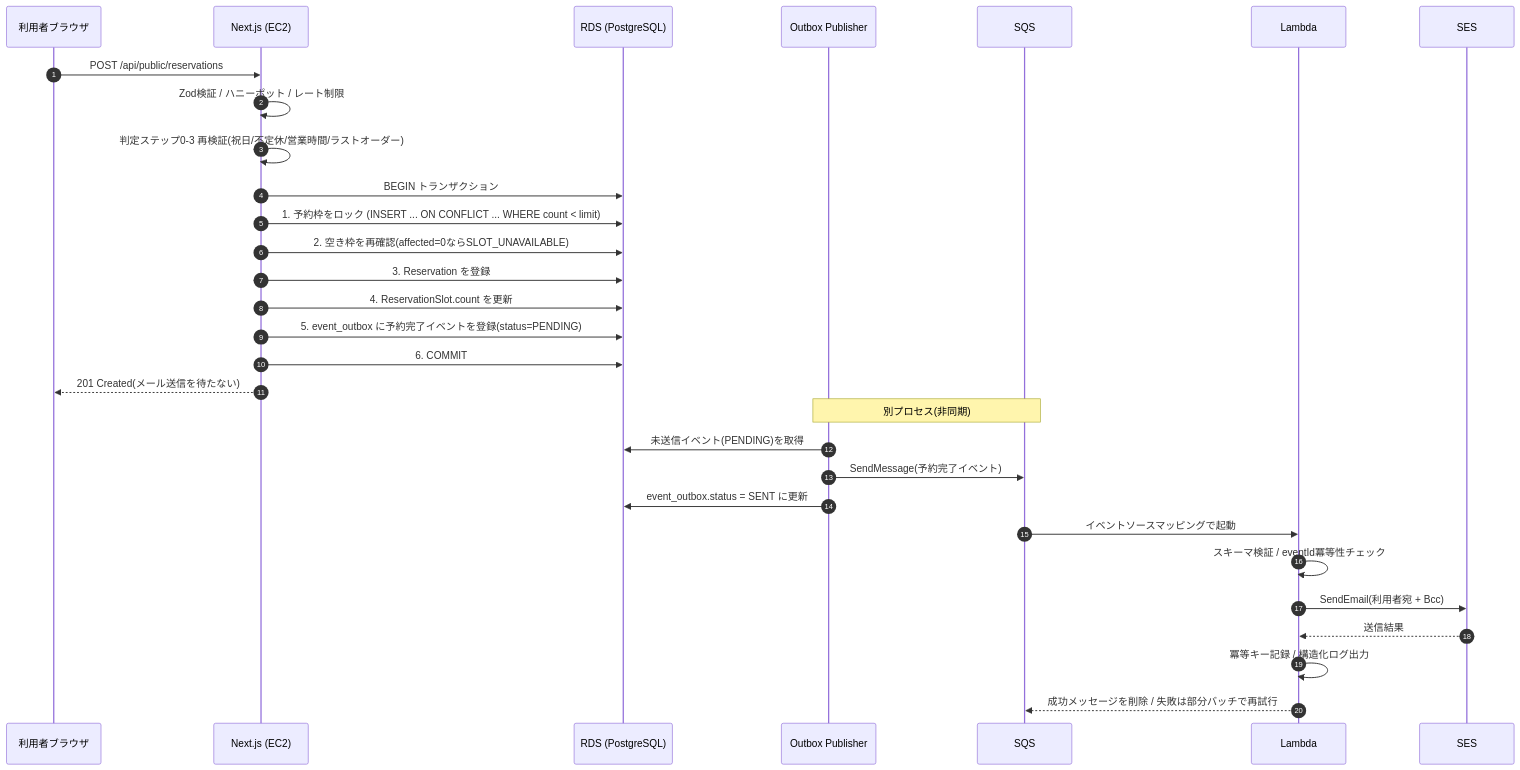
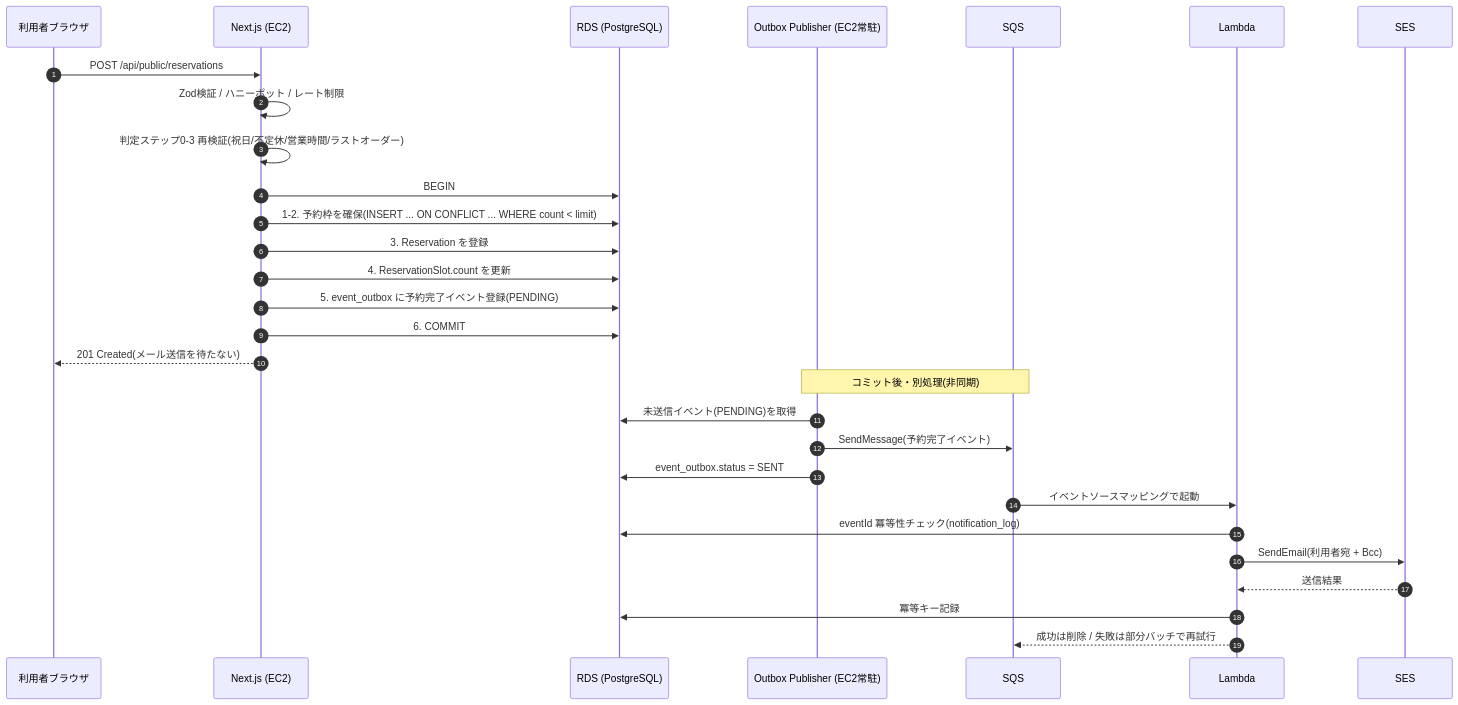
One commit to wataru-naba/ozaki-rsv-nextjs changed the third of 7 diagrams in docs/aws-production-architecture.md. Above: the diagram before and after it, drawn with Mermaid. The commit also changed other lines of this file, not shown here.

````diff
--- a/docs/aws-production-architecture.md
+++ b/docs/aws-production-architecture.md
@@ -215,34 +473,33 @@
 ```mermaid
 sequenceDiagram
     autonumber
     participant U as 利用者ブラウザ
     participant N as Next.js (EC2)
     participant DB as RDS (PostgreSQL)
-    participant P as Outbox Publisher
+    participant P as Outbox Publisher (EC2常駐)
     participant Q as SQS
     participant L as Lambda
     participant S as SES
 
     U->>N: POST /api/public/reservations
     N->>N: Zod検証 / ハニーポット / レート制限
     N->>N: 判定ステップ0-3 再検証(祝日/不定休/営業時間/ラストオーダー)
-    N->>DB: BEGIN トランザクション
-    N->>DB: 1. 予約枠をロック (INSERT ... ON CONFLICT ... WHERE count < limit)
-    N->>DB: 2. 空き枠を再確認(affected=0ならSLOT_UNAVAILABLE)
+    N->>DB: BEGIN
+    N->>DB: 1-2. 予約枠を確保(INSERT ... ON CONFLICT ... WHERE count < limit)
     N->>DB: 3. Reservation を登録
     N->>DB: 4. ReservationSlot.count を更新
-    N->>DB: 5. event_outbox に予約完了イベントを登録(status=PENDING)
+    N->>DB: 5. event_outbox に予約完了イベント登録(PENDING)
     N->>DB: 6. COMMIT
     N-->>U: 201 Created(メール送信を待たない)
 
-    Note over P,Q: 別プロセス(非同期)
+    Note over P,Q: コミット後・別処理(非同期)
     P->>DB: 未送信イベント(PENDING)を取得
     P->>Q: SendMessage(予約完了イベント)
-    P->>DB: event_outbox.status = SENT に更新
+    P->>DB: event_outbox.status = SENT
     Q->>L: イベントソースマッピングで起動
-    L->>L: スキーマ検証 / eventId冪等性チェック
+    L->>DB: eventId 冪等性チェック(notification_log)
     L->>S: SendEmail(利用者宛 + Bcc)
     S-->>L: 送信結果
-    L->>L: 冪等キー記録 / 構造化ログ出力
-    L-->>Q: 成功メッセージを削除 / 失敗は部分バッチで再試行
+    L->>DB: 冪等キー記録
+    L-->>Q: 成功は削除 / 失敗は部分バッチで再試行
 ```
````
